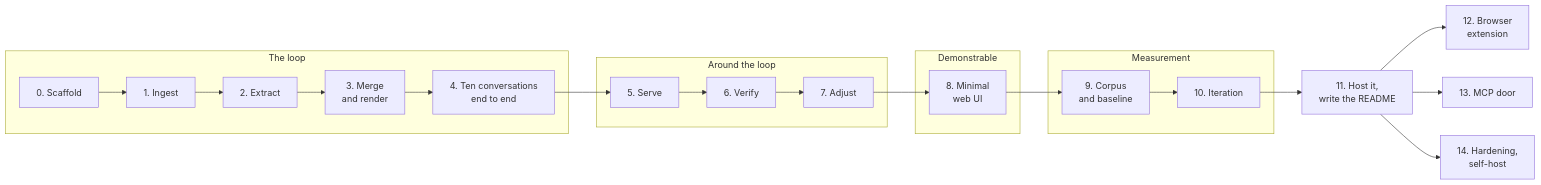
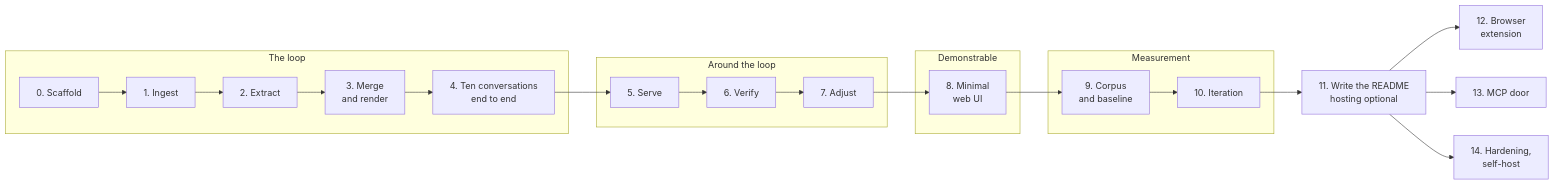
Before and after one commit to MoAbboud/PortFolio: the diagram in herder/requirements/00-plan.md, drawn with Mermaid. The commit also changed other lines of this file and 8 other files, not shown here.

````diff
--- a/herder/requirements/00-plan.md
+++ b/herder/requirements/00-plan.md
@@ -32,26 +42,26 @@
 ```mermaid
 flowchart LR
     subgraph A[The loop]
         S0[0. Scaffold] --> S1[1. Ingest]
         S1 --> S2[2. Extract]
         S2 --> S3[3. Merge<br/>and render]
         S3 --> S4[4. Ten conversations<br/>end to end]
     end
     subgraph B[Around the loop]
         S5[5. Serve] --> S6[6. Verify]
         S6 --> S7[7. Adjust]
     end
     subgraph C[Demonstrable]
         S8[8. Minimal<br/>web UI]
     end
     subgraph D[Measurement]
         S9[9. Corpus<br/>and baseline] --> S10[10. Iteration]
     end
     S4 --> S5
     S7 --> S8
     S8 --> S9
-    S10 --> S11[11. Host it,<br/>write the README]
+    S10 --> S11[11. Write the README<br/>hosting optional]
     S11 --> S12[12. Browser<br/>extension]
     S11 --> S13[13. MCP door]
     S11 --> S14[14. Hardening,<br/>self-host]
 ```
````
